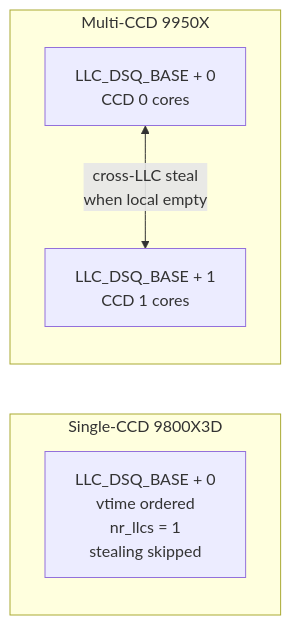
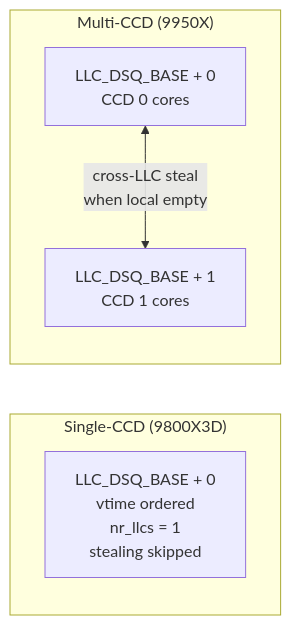
Before and after one commit to sched-ext/scx: the second of 2 diagrams in scheds/rust/scx_cake/README.md, drawn with Mermaid. The commit also changed other lines of this file and 6 other files, not shown here.

````diff
--- a/scheds/rust/scx_cake/README.md
+++ b/scheds/rust/scx_cake/README.md
@@ -201,10 +223,10 @@
 ```mermaid
 flowchart LR
-    subgraph SINGLE["Single-CCD 9800X3D"]
+    subgraph SINGLE["Single-CCD (9800X3D)"]
         DSQ0["LLC_DSQ_BASE + 0<br/>vtime ordered<br/>nr_llcs = 1<br/>stealing skipped"]
     end
 
-    subgraph MULTI["Multi-CCD 9950X"]
+    subgraph MULTI["Multi-CCD (9950X)"]
         DSQ1["LLC_DSQ_BASE + 0<br/>CCD 0 cores"] <-->|"cross-LLC steal<br/>when local empty"| DSQ2["LLC_DSQ_BASE + 1<br/>CCD 1 cores"]
     end
 ```
````
